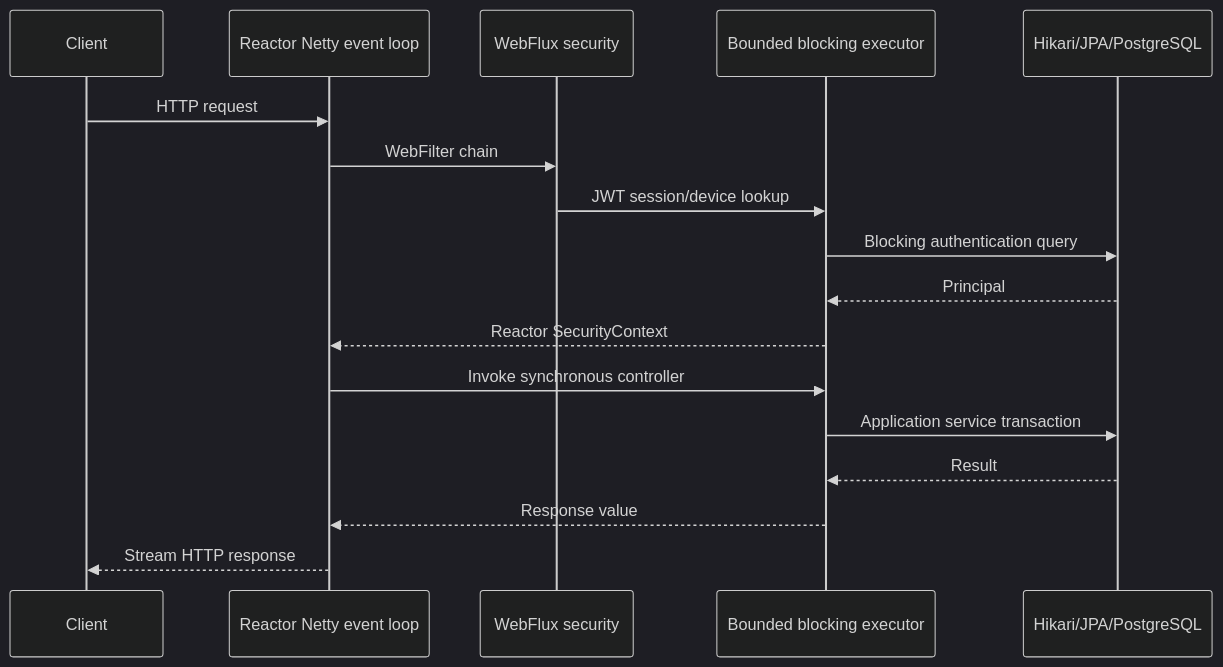
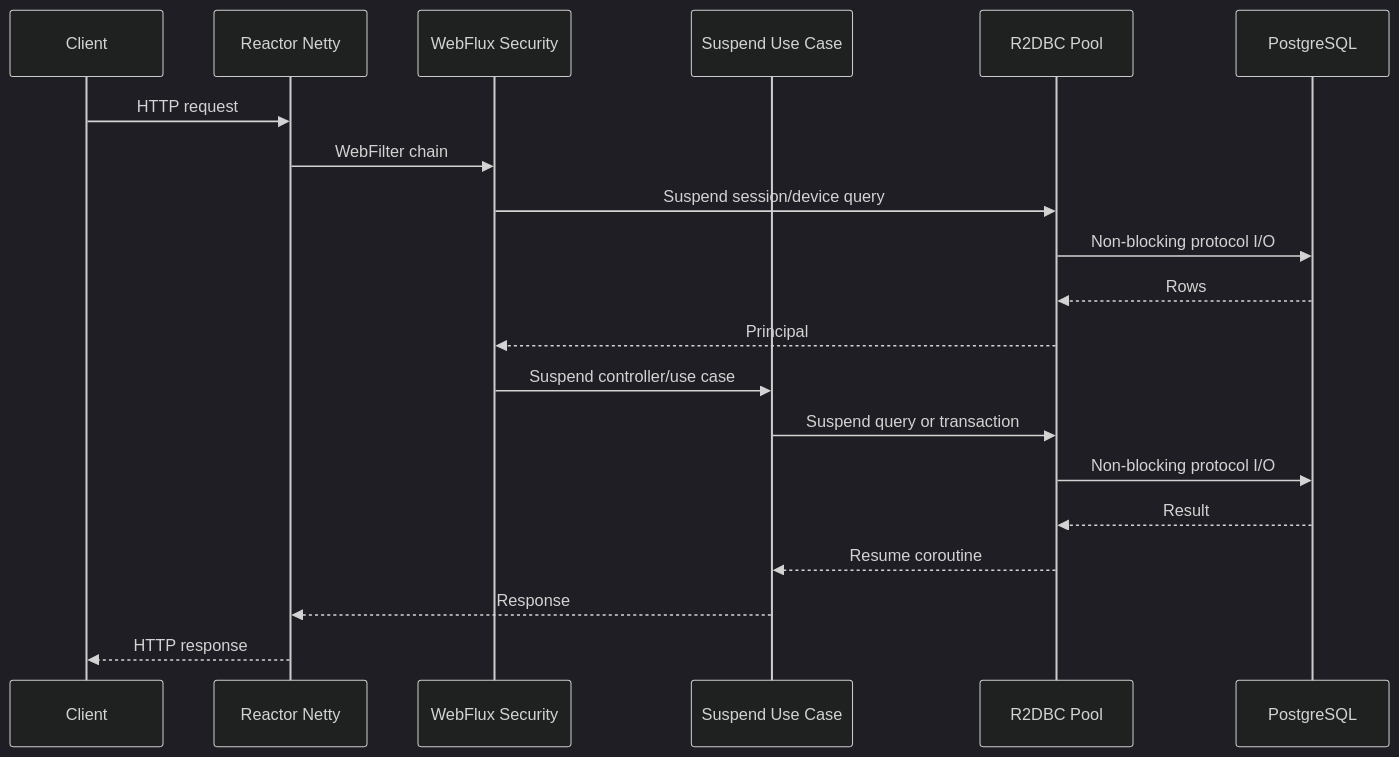
Before and after one commit to ghkdqhrbals/buddy-studdy: the diagram in docs/WEBFLUX_MIGRATION.md, drawn with Mermaid (dark theme). The commit also changed other lines of this file and 212 other files, not shown here.

````diff
--- a/docs/WEBFLUX_MIGRATION.md
+++ b/docs/WEBFLUX_MIGRATION.md
@@ -11,20 +11,23 @@
 ```mermaid
 sequenceDiagram
     participant C as Client
-    participant N as Reactor Netty event loop
-    participant A as WebFlux security
-    participant B as Bounded blocking executor
-    participant DB as Hikari/JPA/PostgreSQL
+    participant N as Reactor Netty
+    participant S as WebFlux Security
+    participant A as Suspend Use Case
+    participant R as R2DBC Pool
+    participant P as PostgreSQL
 
     C->>N: HTTP request
-    N->>A: WebFilter chain
-    A->>B: JWT session/device lookup
-    B->>DB: Blocking authentication query
-    DB-->>B: Principal
-    B-->>N: Reactor SecurityContext
-    N->>B: Invoke synchronous controller
-    B->>DB: Application service transaction
-    DB-->>B: Result
-    B-->>N: Response value
-    N-->>C: Stream HTTP response
+    N->>S: WebFilter chain
+    S->>R: Suspend session/device query
+    R->>P: Non-blocking protocol I/O
+    P-->>R: Rows
+    R-->>S: Principal
+    S->>A: Suspend controller/use case
+    A->>R: Suspend query or transaction
+    R->>P: Non-blocking protocol I/O
+    P-->>R: Result
+    R-->>A: Resume coroutine
+    A-->>N: Response
+    N-->>C: HTTP response
 ```
````
